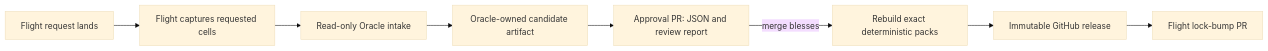
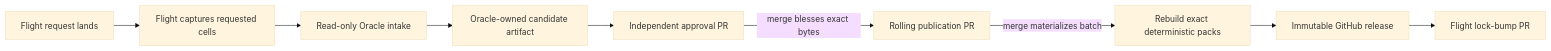
One commit to flighthq/flight-reference-images changed the diagram in README.md. Above: the diagram before and after it, drawn with Mermaid (base theme). The commit also changed other lines of this file and 24 other files, not shown here.

````diff
--- a/README.md
+++ b/README.md
@@ -11,10 +11,11 @@
 ```mermaid
 flowchart LR
   A[Flight request lands] --> B[Flight captures requested cells]
   B --> C[Read-only Oracle intake]
   C --> D[Oracle-owned candidate artifact]
-  D --> E[Approval PR: JSON and review report]
-  E -->|merge blesses| F[Rebuild exact deterministic packs]
-  F --> G[Immutable GitHub release]
-  G --> H[Flight lock-bump PR]
+  D --> E[Independent approval PR]
+  E -->|merge blesses exact bytes| F[Rolling publication PR]
+  F -->|merge materializes batch| G[Rebuild exact deterministic packs]
+  G --> H[Immutable GitHub release]
+  H --> I[Flight lock-bump PR]
 ```
````
